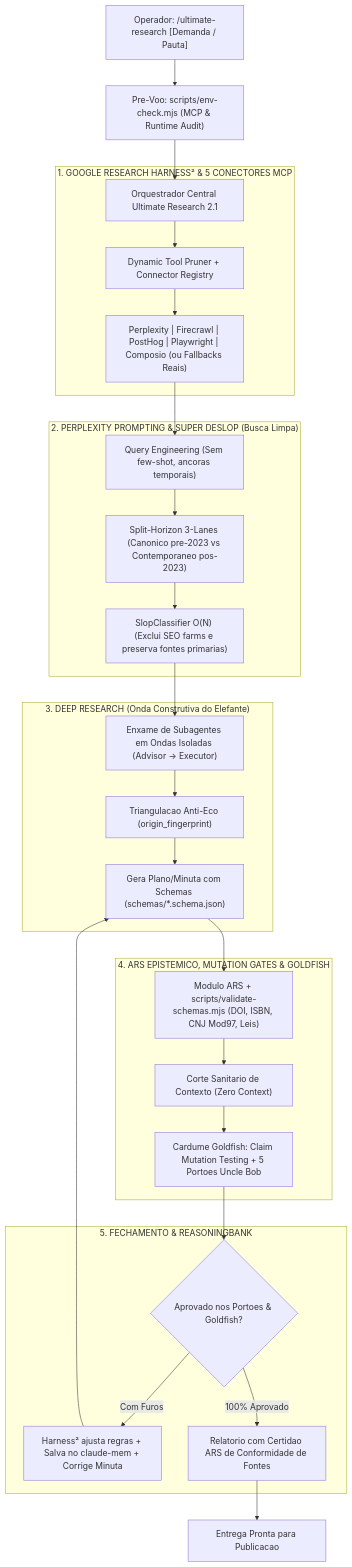
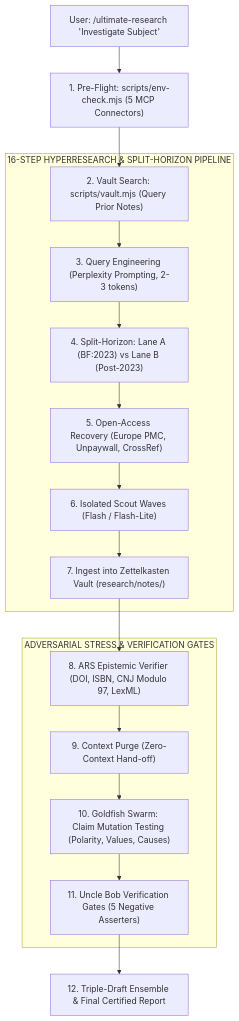
The diagram in README.md (santanaluiz181-cell/ultimate-research), drawn with Mermaid before and after one commit. The commit also changed other lines of this file and 4 other files, not shown here.

````diff
--- a/README.md
+++ b/README.md
@@ -23,37 +70,22 @@
 ```mermaid
 flowchart TD
-    User["Operador: /ultimate-research [Demanda / Pauta]"] --> EnvCheck["Pre-Voo: scripts/env-check.mjs (MCP & Runtime Audit)"]
-    EnvCheck --> Dispatcher["Orquestrador Central Ultimate Research 2.1"]
-
-    subgraph CAMADA_1["1. GOOGLE RESEARCH HARNESS² & 5 CONECTORES MCP"]
-        Dispatcher --> Pruning["Dynamic Tool Pruner + Connector Registry"]
-        Pruning --> ActiveTools["Perplexity | Firecrawl | PostHog | Playwright | Composio (ou Fallbacks Reais)"]
+    User["User: /ultimate-research 'Investigate Subject'"] --> Env["1. Pre-Flight: scripts/env-check.mjs (5 MCP Connectors)"]
+    Env --> VaultSearch["2. Vault Search: scripts/vault.mjs (Query Prior Notes)"]
+    
+    subgraph ENGINE["16-STEP HYPERRESEARCH & SPLIT-HORIZON PIPELINE"]
+        VaultSearch --> Dorking["3. Query Engineering (Perplexity Prompting, 2-3 tokens)"]
+        Dorking --> Split["4. Split-Horizon: Lane A (BF:2023) vs Lane B (Post-2023)"]
+        Split --> OARecovery["5. Open-Access Recovery (Europe PMC, Unpaywall, CrossRef)"]
+        OARecovery --> Subagents["6. Isolated Scout Waves (Flash / Flash-Lite)"]
+        Subagents --> VaultStore["7. Ingest into Zettelkasten Vault (research/notes/)"]
     end
 
-    subgraph CAMADA_2["2. PERPLEXITY PROMPTING & SUPER DESLOP (Busca Limpa)"]
-        ActiveTools --> Dorking["Query Engineering (Sem few-shot, ancoras temporais)"]
-        Dorking --> Split["Split-Horizon 3-Lanes (Canonico pre-2023 vs Contemporaneo pos-2023)"]
-        Split --> SlopFilter["SlopClassifier O(N) (Exclui SEO farms e preserva fontes primarias)"]
+    subgraph ADVERSARIAL["ADVERSARIAL STRESS & VERIFICATION GATES"]
+        VaultStore --> ARS["8. ARS Epistemic Verifier (DOI, ISBN, CNJ Modulo 97, LexML)"]
+        ARS --> Purge["9. Context Purge (Zero-Context Hand-off)"]
+        Purge --> Goldfish["10. Goldfish Swarm: Claim Mutation Testing (Polarity, Values, Causes)"]
+        Goldfish --> UncleBob["11. Uncle Bob Verification Gates (5 Negative Asserters)"]
     end
 
-    subgraph CAMADA_3["3. DEEP RESEARCH (Onda Construtiva do Elefante)"]
-        SlopFilter --> Subagents["Enxame de Subagentes em Ondas Isoladas (Advisor -> Executor)"]
-        Subagents --> Triangulation["Triangulacao Anti-Eco (origin_fingerprint)"]
-        Triangulation --> ElephantDraft["Gera Plano/Minuta com Schemas (schemas/*.schema.json)"]
-    end
-
-    subgraph CAMADA_4["4. ARS EPISTEMICO, MUTATION GATES & GOLDFISH"]
-        ElephantDraft --> ARS["Modulo ARS + scripts/validate-schemas.mjs (DOI, ISBN, CNJ Mod97, Leis)"]
-        ARS --> PurgeContext["Corte Sanitario de Contexto (Zero Context)"]
-        PurgeContext --> Goldfish["Cardume Goldfish: Claim Mutation Testing + 5 Portoes Uncle Bob"]
-    end
-
-    subgraph CAMADA_5["5. FECHAMENTO & REASONINGBANK"]
-        Goldfish --> Convergence{"Aprovado nos Portoes & Goldfish?"}
-        Convergence -- "Com Furos" --> ReOptimize["Harness² ajusta regras + Salva no claude-mem + Corrige Minuta"]
-        ReOptimize --> ElephantDraft
-        Convergence -- "100% Aprovado" --> FinalReport["Relatorio com Certidao ARS de Conformidade de Fontes"]
-    end
-
-    FinalReport --> Done["Entrega Pronta para Publicacao"]
+    UncleBob --> Synthesis["12. Triple-Draft Ensemble & Final Certified Report"]
 ```
````
